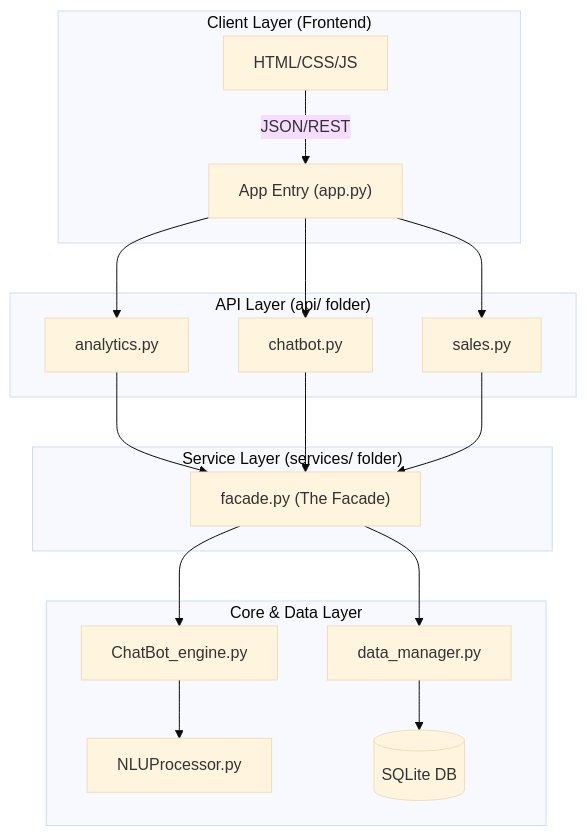
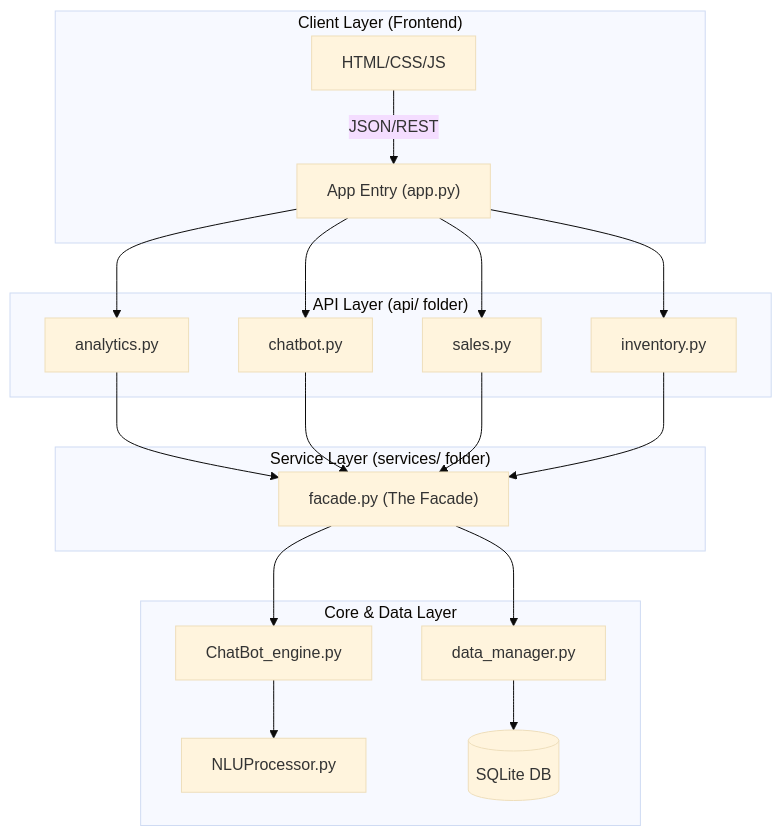
One commit to Mathieu7483/Portfolio changed the diagram in documentation.md. Above: the diagram before and after it, drawn with Mermaid (base theme). The commit also changed other lines of this file, not shown here.

````diff
--- a/documentation.md
+++ b/documentation.md
@@ -29,24 +19,25 @@
 ```mermaid
 graph TD
     subgraph Client_Side["Client Layer (Frontend)"]
         UI["HTML/CSS/JS"] -- JSON/REST --> Router["App Entry (app.py)"]
     end
 
     subgraph API_Layer["API Layer (api/ folder)"]
         Router --> BA["analytics.py"]
         Router --> BC["chatbot.py"]
         Router --> BS["sales.py"]
+        Router --> BI["inventory.py"]
     end
 
     subgraph Service_Layer["Service Layer (services/ folder)"]
-        BA & BC & BS --> F["facade.py (The Facade)"]
+        BA & BC & BS & BI --> F["facade.py (The Facade)"]
     end
 
     subgraph Logic_Layer["Core & Data Layer"]
         F --> CBE["ChatBot_engine.py"]
         F --> DBM["data_manager.py"]
         CBE --> NLU["NLUProcessor.py"]
         DBM --> SQL[("SQLite DB")]
     end
 
 ```
````
